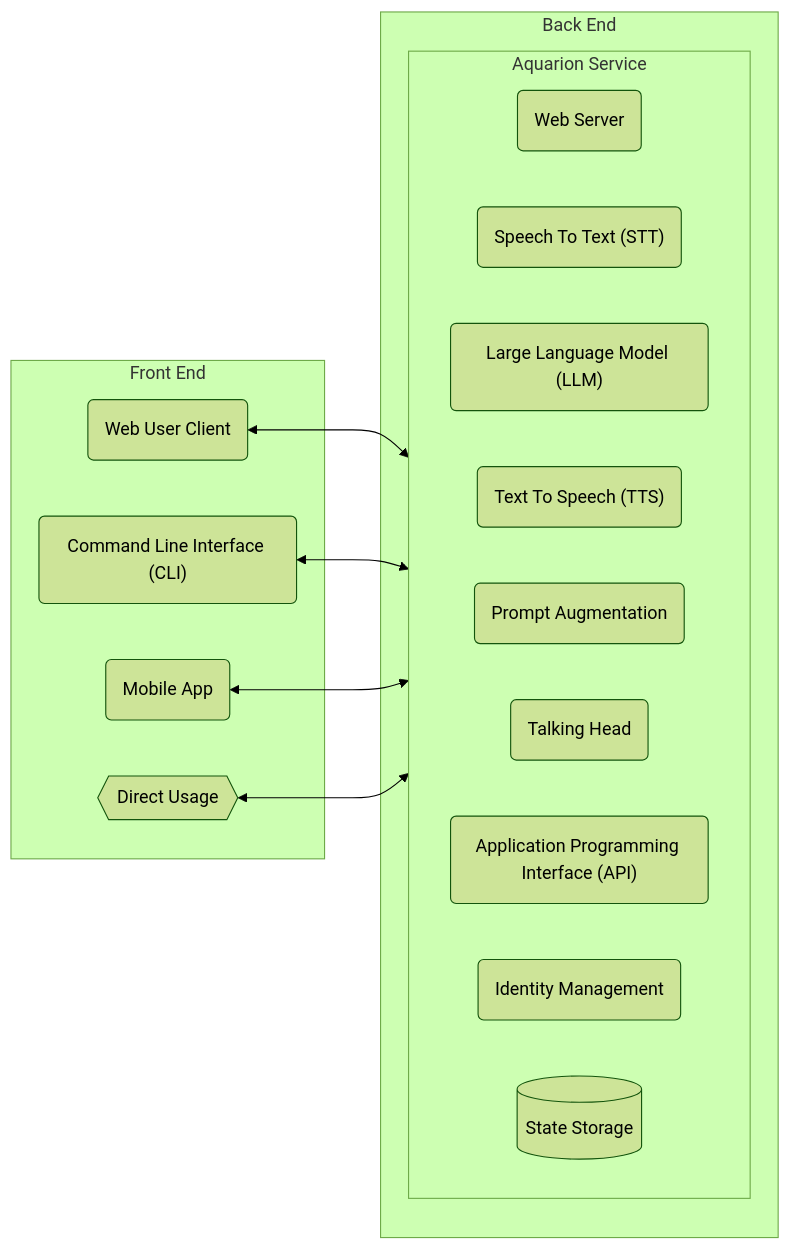
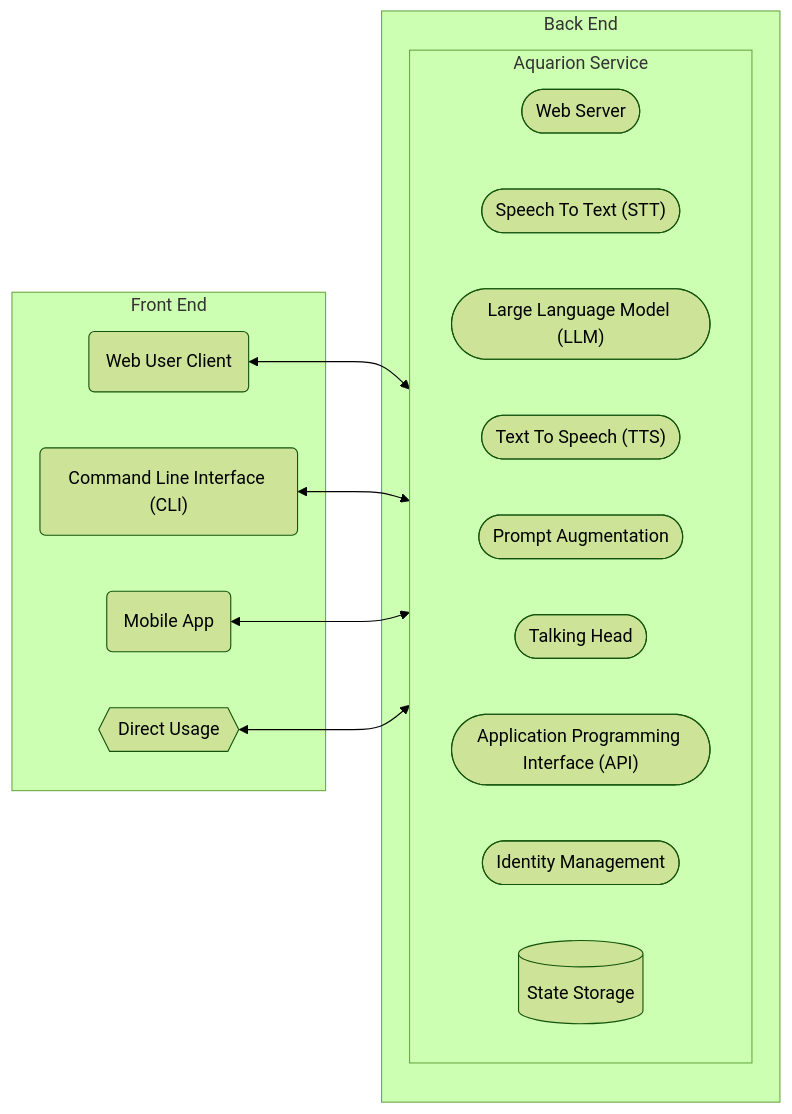
Before and after one commit to aquarion-ai/aquarion-docs: the seventh of 9 diagrams in docs/system_architectures.md, drawn with Mermaid (forest theme). The commit also changed other lines of this file, not shown here.

Commit message:
docs: :memo: add final touches to system architecture doc

````diff
--- a/docs/system_architectures.md
+++ b/docs/system_architectures.md
@@ -305,27 +297,27 @@
 ```mermaid
    graph LR
 
    subgraph front[Front End]
      webclient(Web User Client)
      cli("Command Line Interface (CLI)")
      mobile(Mobile App)
      direct{{Direct Usage}}
    end
 
    subgraph back[Back End]
      subgraph server[Aquarion Service]
        direction LR
-       webserver(Web Server)
-       stt("Speech To Text (STT)")
-       llm("Large Language Model (LLM)")
-       tts("Text To Speech (TTS)")
-       prompt(Prompt Augmentation)
-       head(Talking Head)
-       api("Application Programming Interface (API)")
-       auth(Identity Management)
+       webserver([Web Server])
+       stt(["Speech To Text (STT)"])
+       llm(["Large Language Model (LLM)"])
+       tts(["Text To Speech (TTS)"])
+       prompt([Prompt Augmentation])
+       head([Talking Head])
+       api(["Application Programming Interface (API)"])
+       auth([Identity Management])
        db[("State Storage")]
      end
    end
 
    webclient & cli & mobile & direct <--> server
 ```
````
